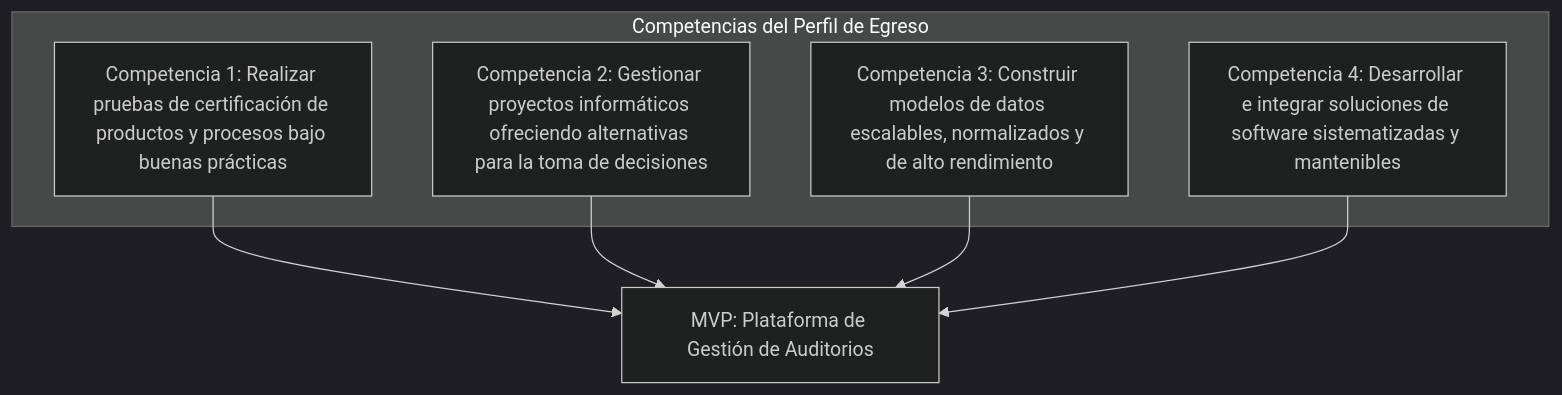
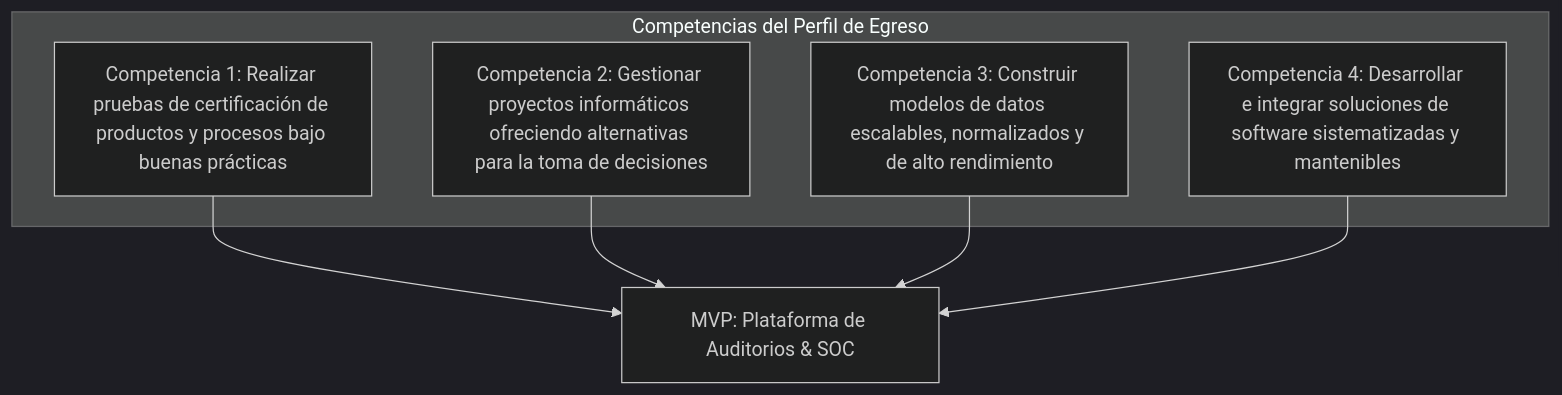
The second of 12 diagrams in informe_fase_1_definicion_proyecto.md (IMANDOI/sistema-gestion-auditorios-capstone), drawn with Mermaid (dark theme) before and after one commit. The commit also changed other lines of this file, not shown here.

Commit message:
feat(fase1): integrar Centro de Operaciones SOC y telemetria de ciberseguridad (informe_fase_1_definicion_proyecto.md)

````diff
--- a/informe_fase_1_definicion_proyecto.md
+++ b/informe_fase_1_definicion_proyecto.md
@@ -102,13 +104,13 @@
 ```mermaid
 flowchart TD
     subgraph Competencias del Perfil de Egreso
         C1["Competencia 1: Realizar pruebas de certificación de productos y procesos bajo buenas prácticas"]
         C2["Competencia 2: Gestionar proyectos informáticos ofreciendo alternativas para la toma de decisiones"]
         C3["Competencia 3: Construir modelos de datos escalables, normalizados y de alto rendimiento"]
         C4["Competencia 4: Desarrollar e integrar soluciones de software sistematizadas y mantenibles"]
     end
-    C1 --> P["MVP: Plataforma de Gestión de Auditorios"]
+    C1 --> P["MVP: Plataforma de Auditorios & SOC"]
     C2 --> P
     C3 --> P
     C4 --> P
 ```
````
